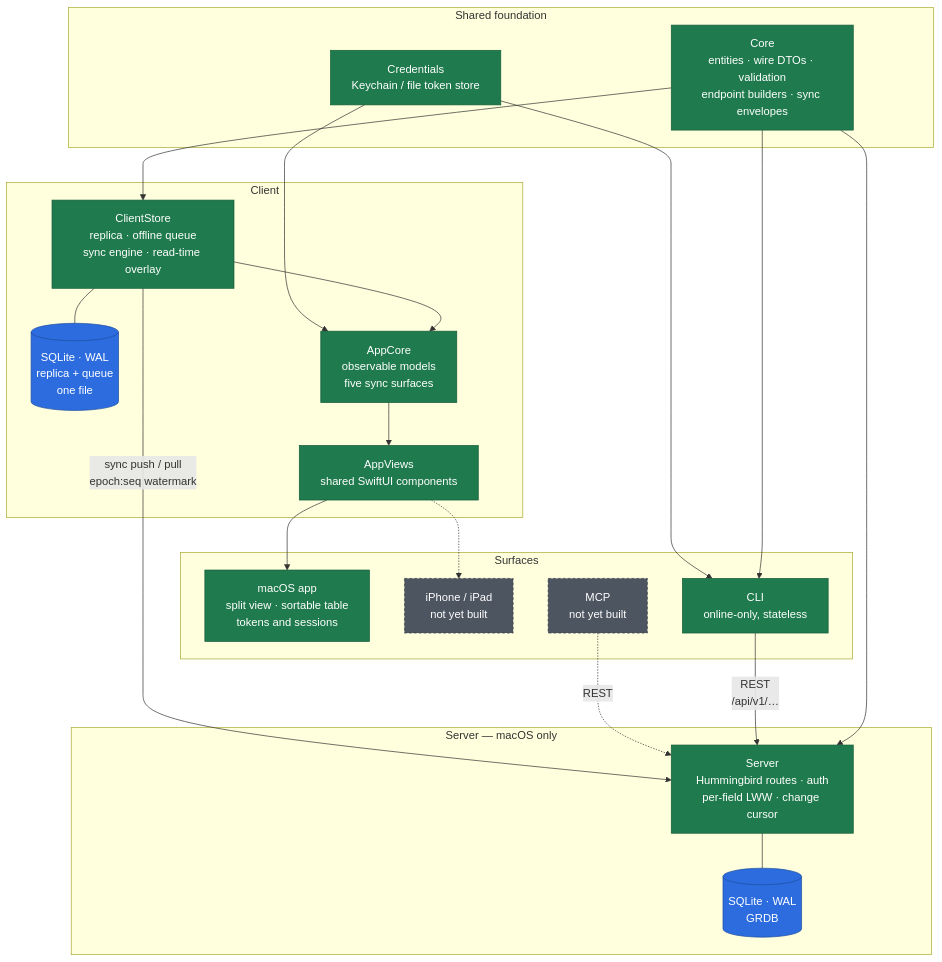
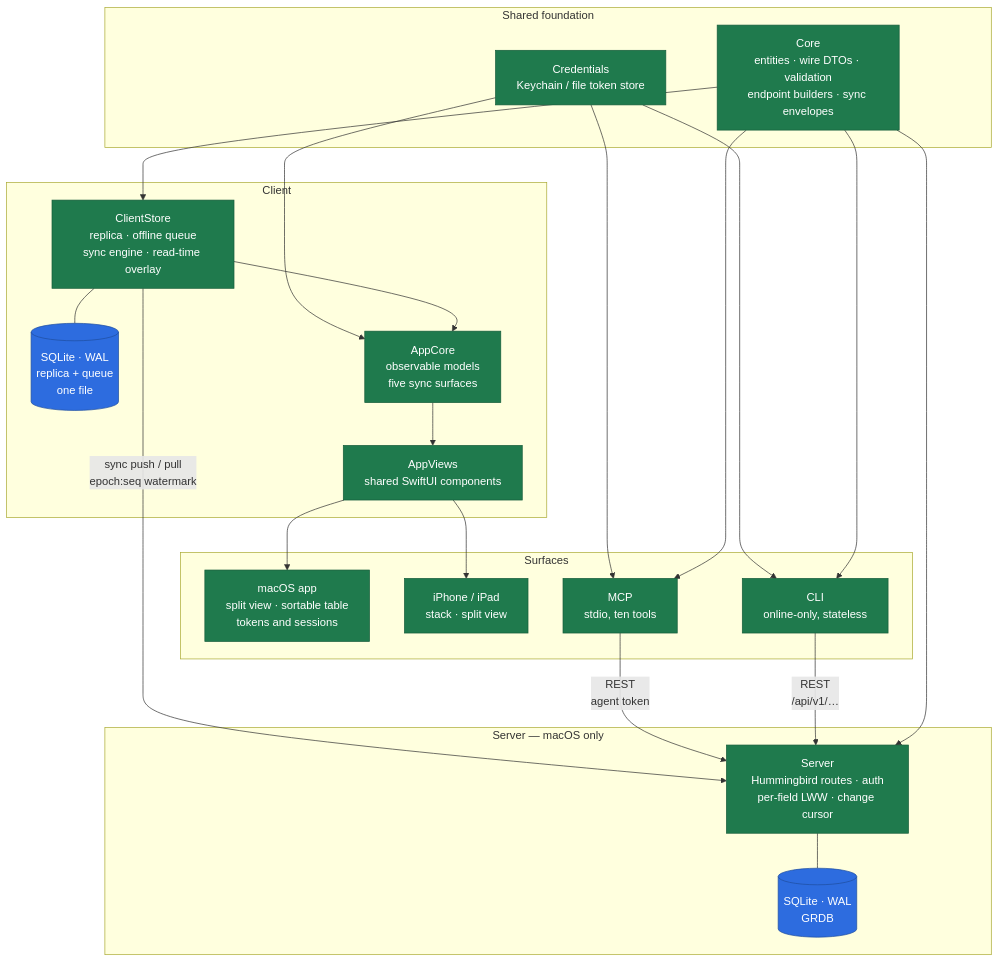
The diagram in README.md (saqib-trywe/swift-issues), drawn with Mermaid before and after one commit. The commit also changed other lines of this file and 15 other files, not shown here.

First line of the commit message:
Add the MCP surface and the agent rate limiter

````diff
--- a/README.md
+++ b/README.md
@@ -13,49 +13,50 @@
 ```mermaid
 graph TD
     subgraph shared["Shared foundation"]
         Core["Core<br/>entities · wire DTOs · validation<br/>endpoint builders · sync envelopes"]
         Creds["Credentials<br/>Keychain / file token store"]
     end
 
     subgraph serverside["Server — macOS only"]
         Server["Server<br/>Hummingbird routes · auth<br/>per-field LWW · change cursor"]
         DB[("SQLite · WAL<br/>GRDB")]
         Server --- DB
     end
 
     subgraph clientside["Client"]
         ClientStore["ClientStore<br/>replica · offline queue<br/>sync engine · read-time overlay"]
         Replica[("SQLite · WAL<br/>replica + queue<br/>one file")]
         ClientStore --- Replica
         AppCore["AppCore<br/>observable models<br/>five sync surfaces"]
         AppViews["AppViews<br/>shared SwiftUI components"]
         AppCore --> AppViews
         ClientStore --> AppCore
     end
 
     subgraph surfaces["Surfaces"]
         Mac["macOS app<br/>split view · sortable table<br/>tokens and sessions"]
-        Phone["iPhone / iPad<br/>not yet built"]
+        Phone["iPhone / iPad<br/>stack · split view"]
         CLI["CLI<br/>online-only, stateless"]
-        MCP["MCP<br/>not yet built"]
+        MCP["MCP<br/>stdio, ten tools"]
     end
 
     Core --> Server
     Core --> ClientStore
     Core --> CLI
     Creds --> CLI
     Creds --> AppCore
     AppViews --> Mac
-    AppViews -.-> Phone
+    AppViews --> Phone
 
     CLI -->|"REST<br/>/api/v1/…"| Server
-    MCP -.->|REST| Server
+    MCP -->|"REST<br/>agent token"| Server
     ClientStore -->|"sync push / pull<br/>epoch:seq watermark"| Server
 
     classDef built fill:#1F7A4D,stroke:#155c3a,color:#fff
     classDef pending fill:#4D5560,stroke:#3a404a,color:#fff,stroke-dasharray:4 3
     classDef store fill:#2D6CDF,stroke:#1f4ea0,color:#fff
-    class Core,Creds,Server,ClientStore,AppCore,AppViews,Mac,CLI built
-    class Phone,MCP pending
+    Core --> MCP
+    Creds --> MCP
+    class Core,Creds,Server,ClientStore,AppCore,AppViews,Mac,Phone,CLI,MCP built
     class DB,Replica store
 ```
````
